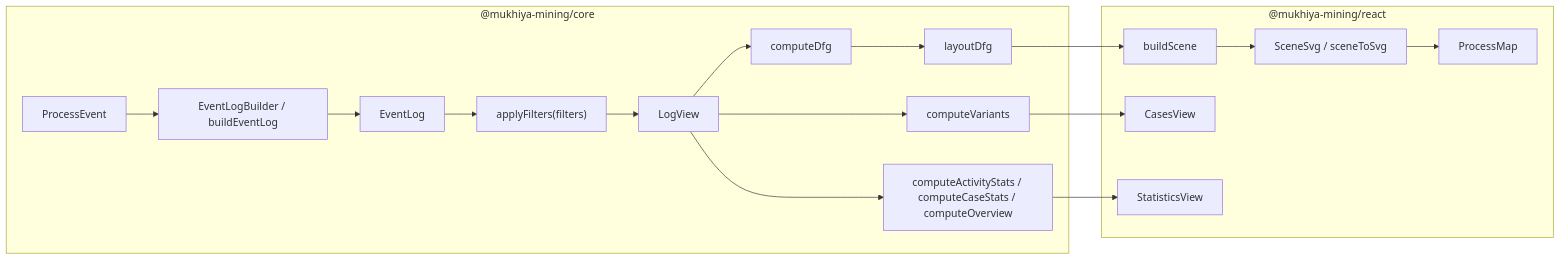
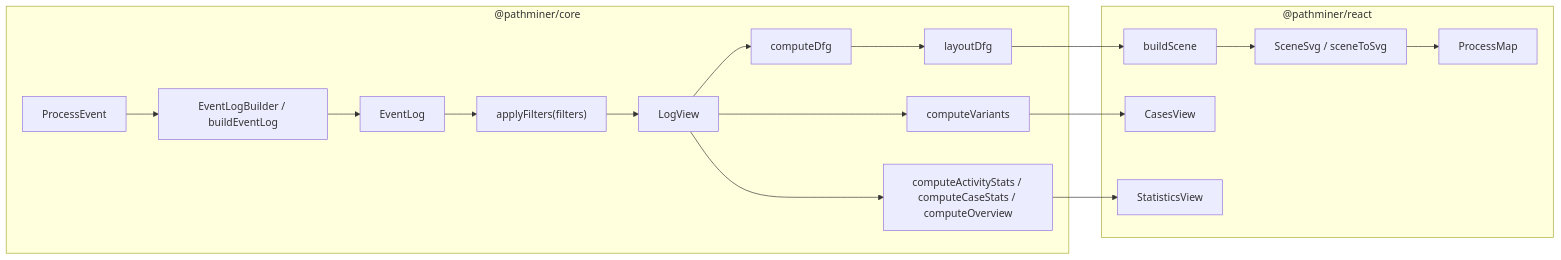
One commit to sureshHARDIYA/mukhiya-mining changed the first of 2 diagrams in knowledge/architecture.md. Above: the diagram before and after it, drawn with Mermaid. The commit also changed other lines of this file and 35 other files, not shown here.

Commit message:
Rename to pathminer: @pathminer/core, @pathminer/react

````diff
--- a/knowledge/architecture.md
+++ b/knowledge/architecture.md
@@ -32,20 +32,20 @@
 ```mermaid
 flowchart LR
-  subgraph core["@mukhiya-mining/core"]
+  subgraph core["@pathminer/core"]
     PE[ProcessEvent] --> B["EventLogBuilder / buildEventLog"]
     B --> EL[EventLog]
     EL --> AF["applyFilters(filters)"]
     AF --> LV[LogView]
     LV --> DFG[computeDfg]
     LV --> VAR[computeVariants]
     LV --> ST["computeActivityStats / computeCaseStats / computeOverview"]
     DFG --> LAY[layoutDfg]
   end
-  subgraph react["@mukhiya-mining/react"]
+  subgraph react["@pathminer/react"]
     LAY --> SC[buildScene]
     SC --> SVG["SceneSvg / sceneToSvg"]
     VAR --> CV[CasesView]
     ST --> SV[StatisticsView]
     SVG --> PM[ProcessMap]
   end
 ```
````
